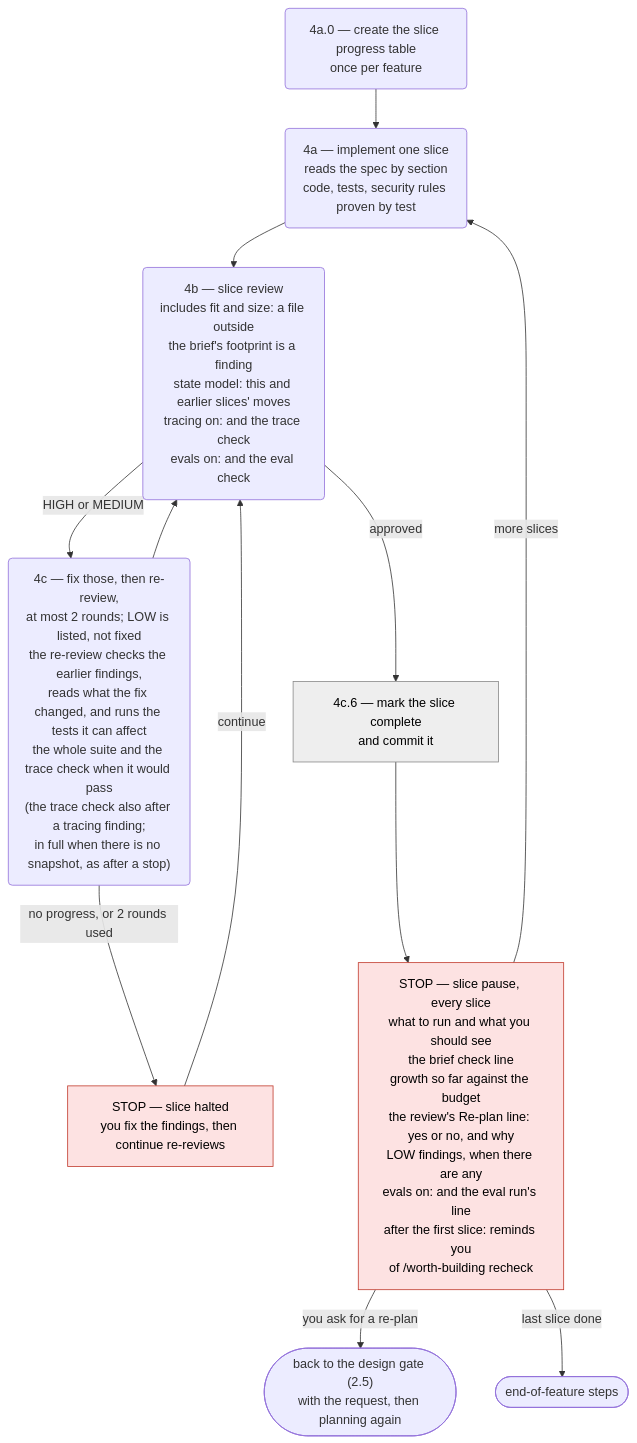
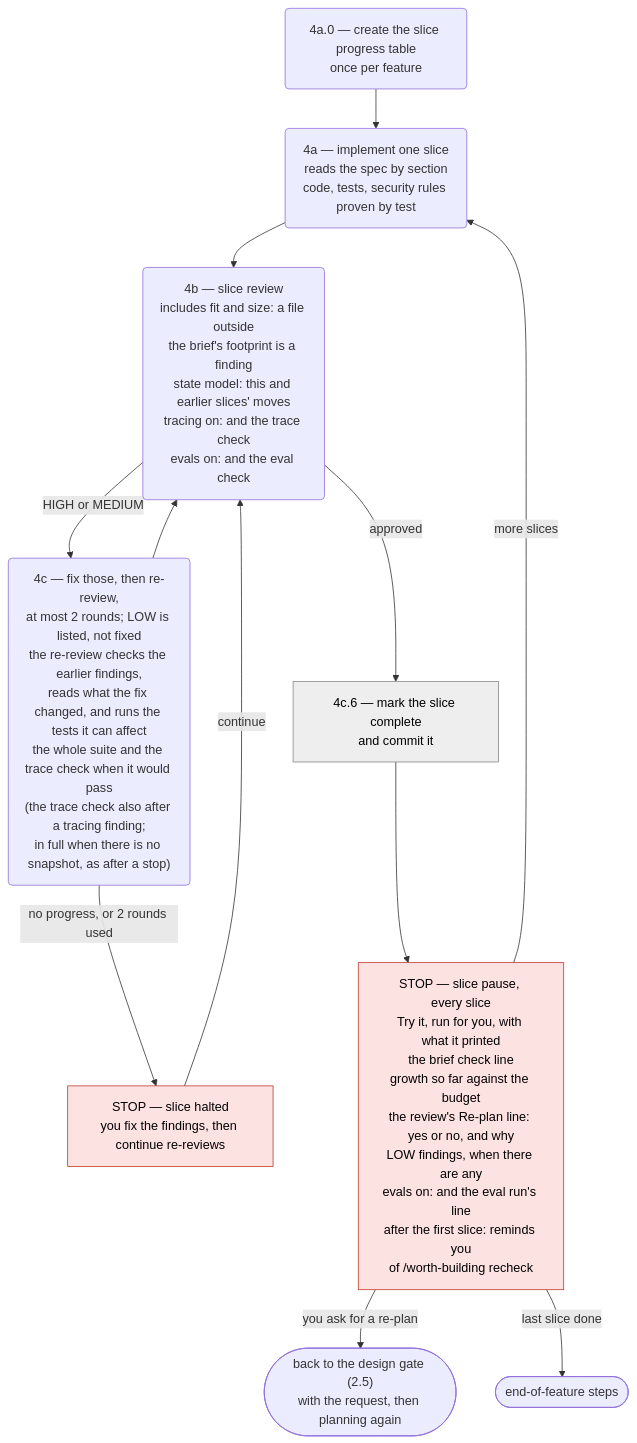
One commit to pablooliva/claude-plugins changed the third of 4 diagrams in agent-engineering/docs/sdd-flow-diagram.md. Above: the diagram before and after it, drawn with Mermaid. The commit also changed other lines of this file and 3 other files, not shown here.

First line of the commit message:
agent-engineering 5.14.0: the slice pause runs the slice's Try it

````diff
--- a/agent-engineering/docs/sdd-flow-diagram.md
+++ b/agent-engineering/docs/sdd-flow-diagram.md
@@ -98,17 +98,17 @@
 ```mermaid
 flowchart TD
     scaffold("4a.0 — create the slice progress table<br/>once per feature") --> impl("4a — implement one slice<br/>reads the spec by section<br/>code, tests, security rules proven by test")
     impl --> review("4b — slice review<br/>includes fit and size: a file outside<br/>the brief's footprint is a finding<br/>state model: this and earlier slices' moves<br/>tracing on: and the trace check<br/>evals on: and the eval check")
     review -- "HIGH or MEDIUM" --> fix("4c — fix those, then re-review,<br/>at most 2 rounds; LOW is listed, not fixed<br/>the re-review checks the earlier findings,<br/>reads what the fix changed, and runs the tests it can affect<br/>the whole suite and the trace check when it would pass<br/>(the trace check also after a tracing finding;<br/>in full when there is no snapshot, as after a stop)")
     fix --> review
     fix -- "no progress, or 2 rounds used" --> halt["STOP — slice halted<br/>you fix the findings, then continue re-reviews"]:::stop
     halt -- "continue" --> review
     review -- "approved" --> commit["4c.6 — mark the slice complete<br/>and commit it"]:::orch
-    commit --> pause["STOP — slice pause, every slice<br/>what to run and what you should see<br/>the brief check line<br/>growth so far against the budget<br/>the review's Re-plan line: yes or no, and why<br/>LOW findings, when there are any<br/>evals on: and the eval run's line<br/>after the first slice: reminds you<br/>of /worth-building recheck"]:::stop
+    commit --> pause["STOP — slice pause, every slice<br/>Try it, run for you, with what it printed<br/>the brief check line<br/>growth so far against the budget<br/>the review's Re-plan line: yes or no, and why<br/>LOW findings, when there are any<br/>evals on: and the eval run's line<br/>after the first slice: reminds you<br/>of /worth-building recheck"]:::stop
     pause -- "you ask for a re-plan" --> replan(["back to the design gate (2.5)<br/>with the request, then planning again"])
     pause -- "more slices" --> impl
     pause -- "last slice done" --> eof(["end-of-feature steps"])
 
     classDef stop fill:#fde2e2,stroke:#c0392b,color:#000
     classDef orch fill:#eeeeee,stroke:#888888,color:#000
 ```
````
